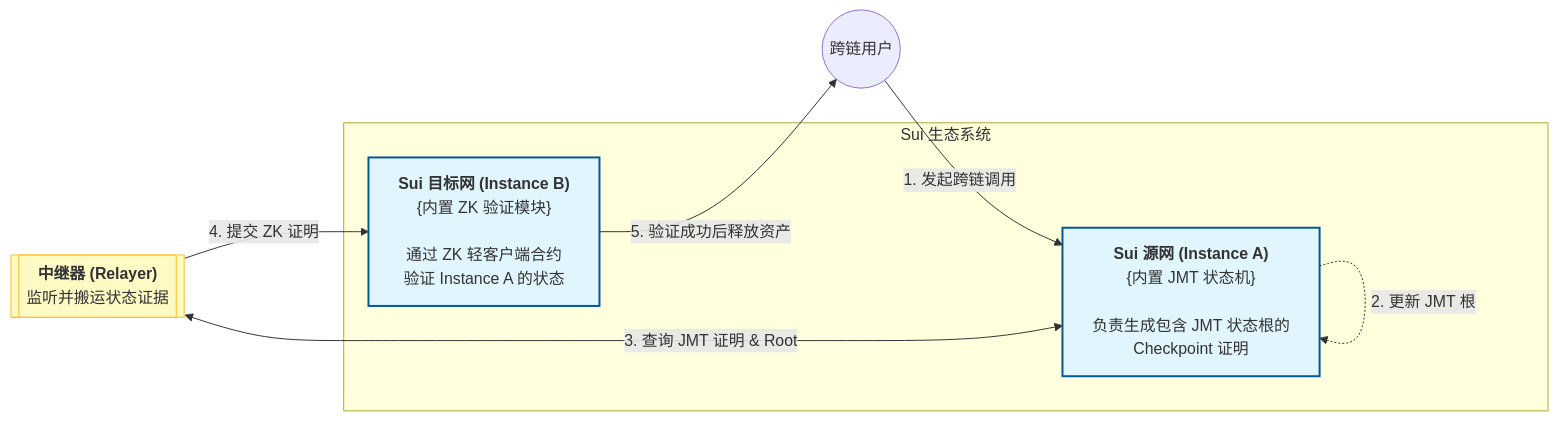
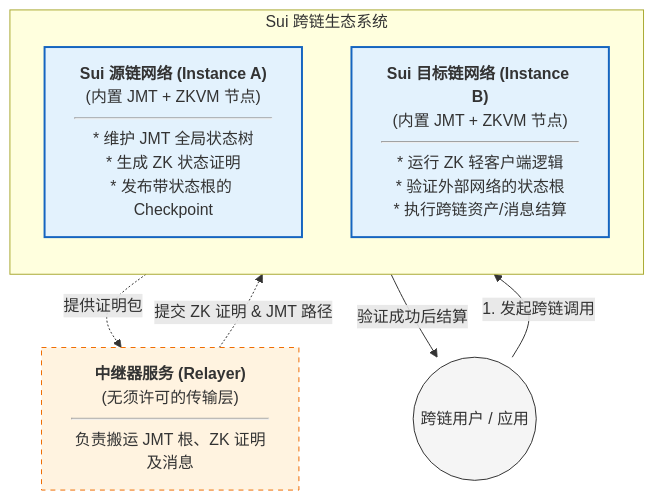
Before and after one commit to threewebcode/W3: the diagram in blockchain/move/tdd.md, drawn with Mermaid.

````diff
--- a/blockchain/move/tdd.md
+++ b/blockchain/move/tdd.md
@@ -3,29 +3,31 @@
 ```mermaid
-graph LR
+graph TD
     %% 定义角色
-    User((跨链用户))
+    User((跨链用户 / 应用))
 
-    %% 定义核心系统（将 JMT 视为 Sui 协议的内置功能）
-    subgraph Sui_Ecosystem [Sui 生态系统]
-        Sui_Source["<b>Sui 源网 (Instance A)</b><br/>{内置 JMT 状态机}<br/><br/>负责生成包含 JMT 状态根的<br/>Checkpoint 证明"]
+    %% 定义核心系统
+    subgraph Sui_Ecosystem [Sui 跨链生态系统]
+        direction TB
         
-        Sui_Target["<b>Sui 目标网 (Instance B)</b><br/>{内置 ZK 验证模块}<br/><br/>通过 ZK 轻客户端合约<br/>验证 Instance A 的状态"]
+        Sui_Source["<b>Sui 源链网络 (Instance A)</b><br/>(内置 JMT + ZKVM 节点)<hr/>* 维护 JMT 全局状态树<br/>* 生成 ZK 状态证明<br/>* 发布带状态根的 Checkpoint"]
+        
+        Sui_Target["<b>Sui 目标链网络 (Instance B)</b><br/>(内置 JMT + ZKVM 节点)<hr/>* 运行 ZK 轻客户端逻辑<br/>* 验证外部网络的状态根<br/>* 执行跨链资产/消息结算"]
     end
 
-    %% 定义外部中继组件
-    Relayer[["<b>中继器 (Relayer)</b><br/>监听并搬运状态证据"]]
+    %% 定义中继组件
+    Relayer["<b>中继器服务 (Relayer)</b><br/>(无须许可的传输层)<hr/>负责搬运 JMT 根、ZK 证明及消息"]
 
-    %% 交互流程
+    %% 定义交互流
     User -->|1. 发起跨链调用| Sui_Source
-    Sui_Source -.->|2. 更新 JMT 根| Sui_Source
     
-    Relayer <-->|3. 查询 JMT 证明 & Root| Sui_Source
-    Relayer -->|4. 提交 ZK 证明| Sui_Target
+    Sui_Source -.->|提供证明包| Relayer
+    Relayer -.->|提交 ZK 证明 & JMT 路径| Sui_Target
     
-    Sui_Target -->|5. 验证成功后释放资产| User
+    Sui_Target -->|验证成功后结算| User
 
-    %% 样式
-    style Sui_Source fill:#e1f5fe,stroke:#01579b,stroke-width:2px
-    style Sui_Target fill:#e1f5fe,stroke:#01579b,stroke-width:2px
-    style Relayer fill:#fff9c4,stroke:#fbc02d
+    %% 样式美化
+    style Sui_Source fill:#e3f2fd,stroke:#1565c0,stroke-width:2px
+    style Sui_Target fill:#e3f2fd,stroke:#1565c0,stroke-width:2px
+    style Relayer fill:#fff3e0,stroke:#ef6c00,stroke-dasharray: 5 5
+    style User fill:#f5f5f5,stroke:#333
 ```
````
